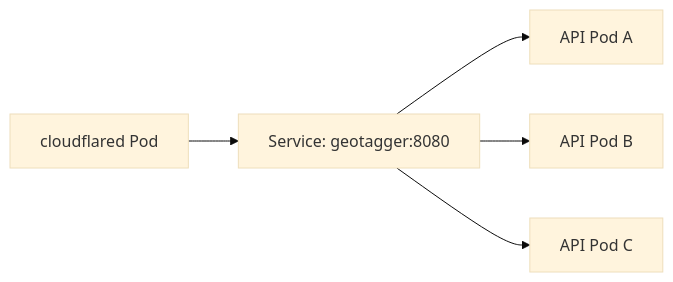
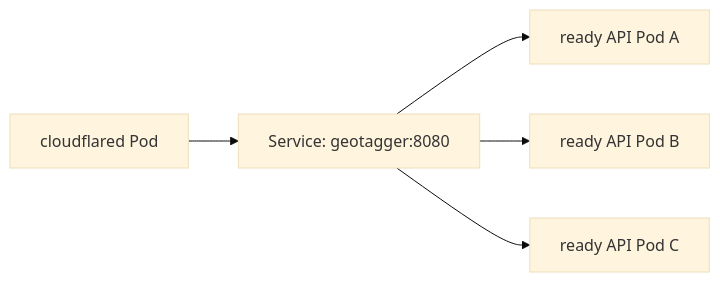
One commit to Jstarzz/geotagger changed the sixth of 14 diagrams in docs/KUBERNETES.md. Above: the diagram before and after it, drawn with Mermaid (base theme). The commit also changed other lines of this file, not shown here.

Commit message:
docs: fix Mermaid and tighten Kubernetes guide

````diff
--- a/docs/KUBERNETES.md
+++ b/docs/KUBERNETES.md
@@ -226,7 +125,7 @@
 ```mermaid
 flowchart LR
-    CF[cloudflared Pod] --> SVC[Service: geotagger:8080]
-    SVC --> A1[API Pod A]
-    SVC --> A2[API Pod B]
-    SVC --> A3[API Pod C]
+    CFD["cloudflared Pod"] --> SVC["Service: geotagger:8080"]
+    SVC --> A1["ready API Pod A"]
+    SVC --> A2["ready API Pod B"]
+    SVC --> A3["ready API Pod C"]
 ```
````
